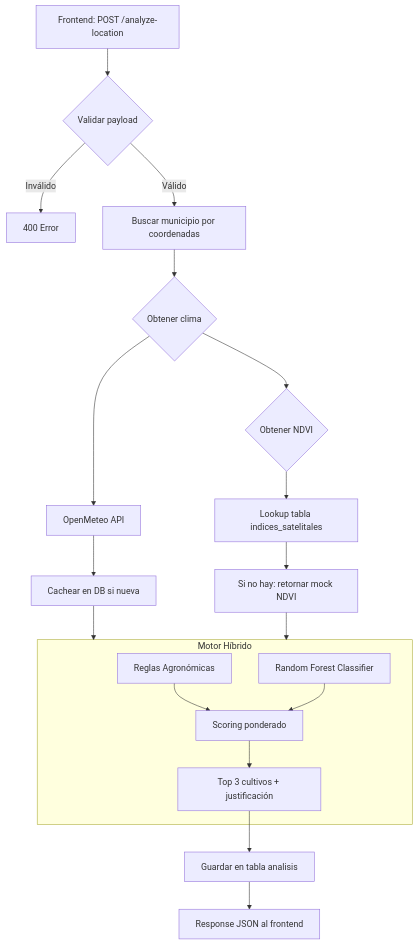
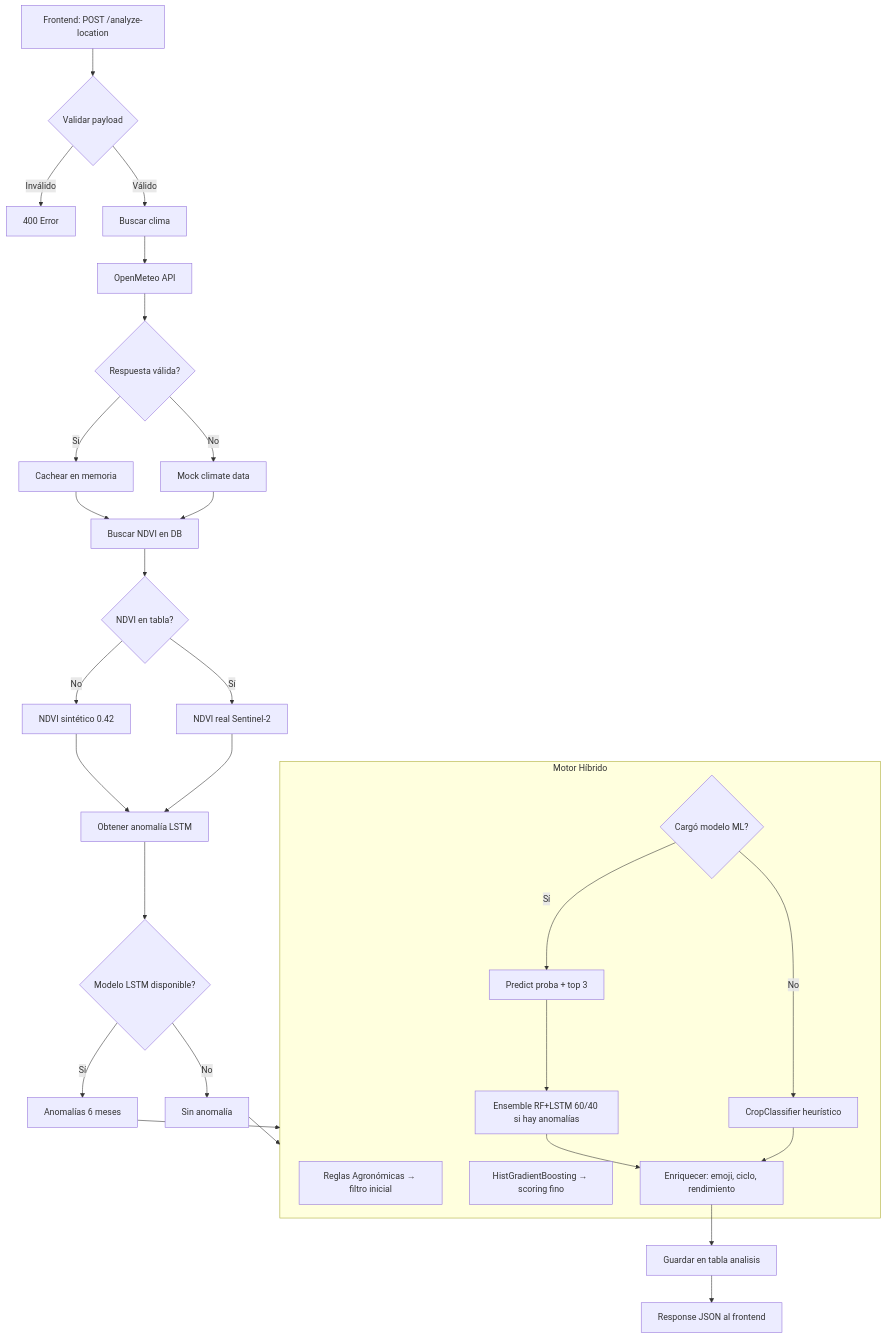
The second of 3 diagrams in docs/2-backend/ARQUITECTURA_BACKEND.md (jab16jy/TechCamp), drawn with Mermaid before and after one commit. The commit also changed other lines of this file and 29 other files, not shown here.

First line of the commit message:
feat: Implementar estrategia de inferencia con modelo Random Forest y heurístico

````diff
--- a/docs/2-backend/ARQUITECTURA_BACKEND.md
+++ b/docs/2-backend/ARQUITECTURA_BACKEND.md
@@ -383,26 +497,39 @@
 ```mermaid
 graph TD
     A[Frontend: POST /analyze-location] --> B{Validar payload}
     B -->|Inválido| C[400 Error]
-    B -->|Válido| D[Buscar municipio por coordenadas]
-    D --> E{Obtener clima}
-    E --> F[OpenMeteo API]
-    F --> G[Cachear en DB si nueva]
-    E --> H{Obtener NDVI}
-    H --> I[Lookup tabla indices_satelitales]
-    I --> J[Si no hay: retornar mock NDVI]
+    B -->|Válido| D[Buscar clima]
+    D --> E[OpenMeteo API]
+    E --> F{Respuesta válida?}
+    F -->|No| G[Mock climate data]
+    F -->|Sí| H[Cachear en memoria]
 
-    G --> K[Motor de Recomendación]
-    J --> K
+    H --> I[Buscar NDVI en DB]
+    G --> I
+    I --> J{NDVI en tabla?}
+    J -->|No| K[NDVI sintético 0.42]
+    J -->|Sí| L[NDVI real Sentinel-2]
 
-    subgraph K [Motor Híbrido]
-        K1[Reglas Agronómicas]
-        K2[Random Forest Classifier]
-        K1 --> K3[Scoring ponderado]
-        K2 --> K3
-        K3 --> K4[Top 3 cultivos + justificación]
+    K --> M[Obtener anomalía LSTM]
+    L --> M
+    M --> N{Modelo LSTM disponible?}
+    N -->|Sí| O[Anomalías 6 meses]
+    N -->|No| P[Sin anomalía]
+
+    O --> Q[Motor de Recomendación Híbrido]
+    P --> Q
+
+    subgraph Q [Motor Híbrido]
+        Q1[Reglas Agronómicas → filtro inicial]
+        Q2[HistGradientBoosting → scoring fino]
+        Q3{Cargó modelo ML?}
+        Q3 -->|Sí| Q4[Predict proba + top 3]
+        Q3 -->|No| Q5[CropClassifier heurístico]
+        Q4 --> Q6[Ensemble RF+LSTM 60/40 si hay anomalías]
+        Q6 --> Q7[Enriquecer: emoji, ciclo, rendimiento]
+        Q5 --> Q7
     end
 
-    K4 --> L[Guardar en tabla analisis]
-    L --> M[Response JSON al frontend]
+    Q7 --> R[Guardar en tabla analisis]
+    R --> S[Response JSON al frontend]
 ```
````
